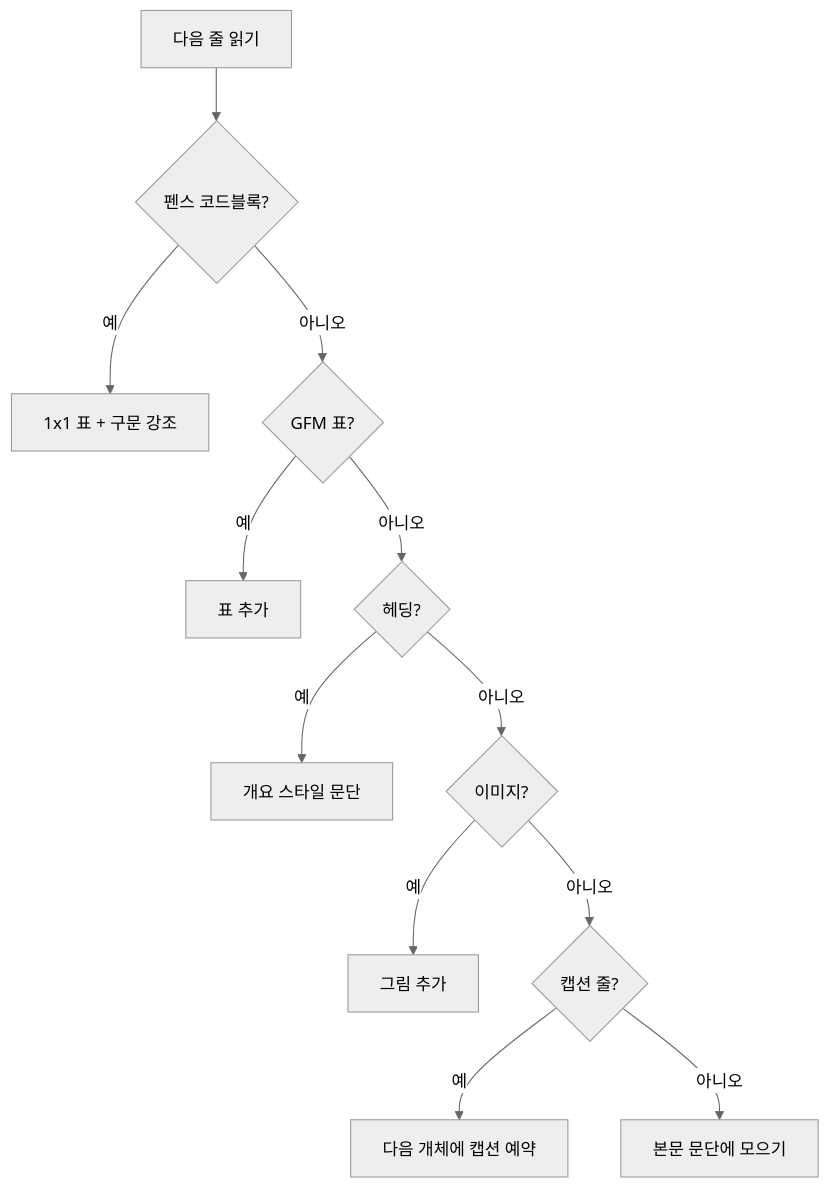
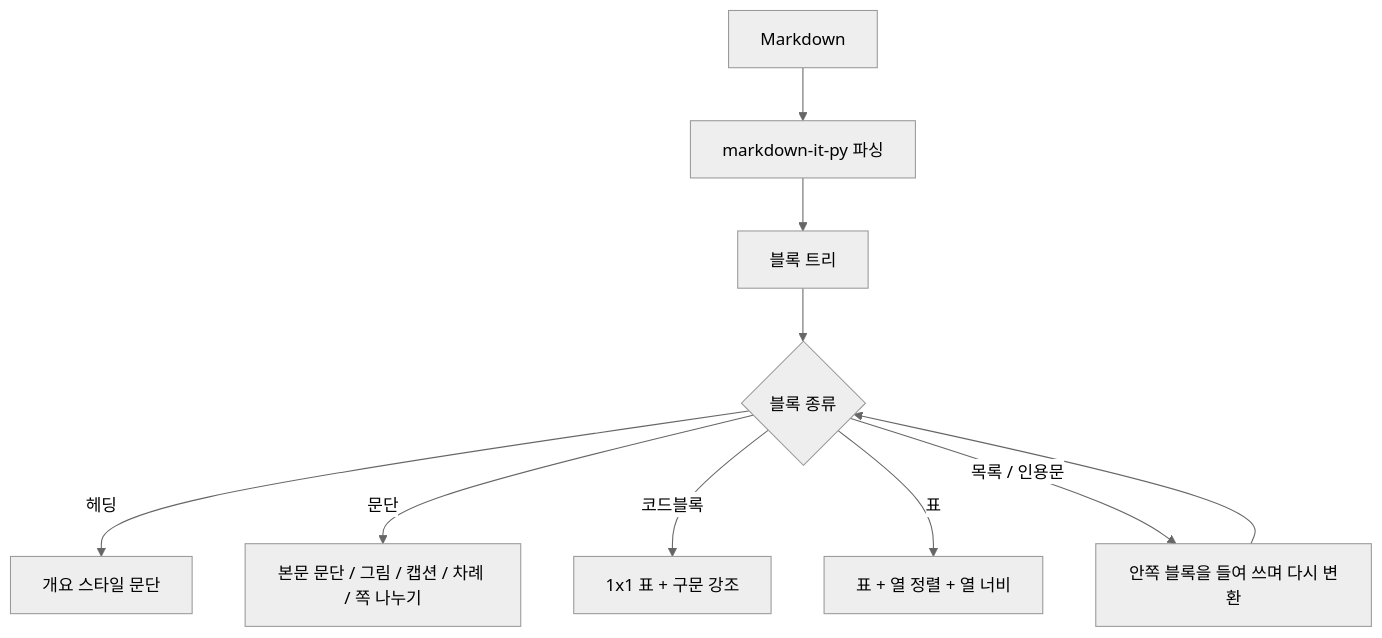
The second of 2 diagrams in samples/sample.md (ilwoong/md2hwpx), drawn with Mermaid (neutral theme) before and after one commit. The commit also changed other lines of this file and 2 other files, not shown here.

Commit message:
Document the markdown-it-py parser
Rewrite the spec's conversion rules around the parsed block tree:
placement of blocks nested in lists and quotes, setext headings,
paragraph pieces (pictures, markers, captions), numbering across
nested lists, formatted footnotes, and the parser's inline results.
Update the README and the sample, which now shows a code block inside
a list item and describes the new parsing flow.

````diff
--- a/samples/sample.md
+++ b/samples/sample.md
@@ -58,14 +59,12 @@
 ```mermaid
 flowchart TD
-    A[다음 줄 읽기] --> B{펜스 코드블록?}
-    B -- 예 --> C[1x1 표 + 구문 강조]
-    B -- 아니오 --> D{GFM 표?}
-    D -- 예 --> E[표 추가]
-    D -- 아니오 --> F{헤딩?}
-    F -- 예 --> G[개요 스타일 문단]
-    F -- 아니오 --> H{이미지?}
-    H -- 예 --> I[그림 추가]
-    H -- 아니오 --> J{캡션 줄?}
-    J -- 예 --> K[다음 개체에 캡션 예약]
-    J -- 아니오 --> L[본문 문단에 모으기]
+    A[Markdown] --> B[markdown-it-py 파싱]
+    B --> C[블록 트리]
+    C --> D{블록 종류}
+    D -- 헤딩 --> E[개요 스타일 문단]
+    D -- 문단 --> F[본문 문단 / 그림 / 캡션 / 차례 / 쪽 나누기]
+    D -- 코드블록 --> G[1x1 표 + 구문 강조]
+    D -- 표 --> H[표 + 열 정렬 + 열 너비]
+    D -- 목록 / 인용문 --> I[안쪽 블록을 들여 쓰며 다시 변환]
+    I --> D
 ```
````
